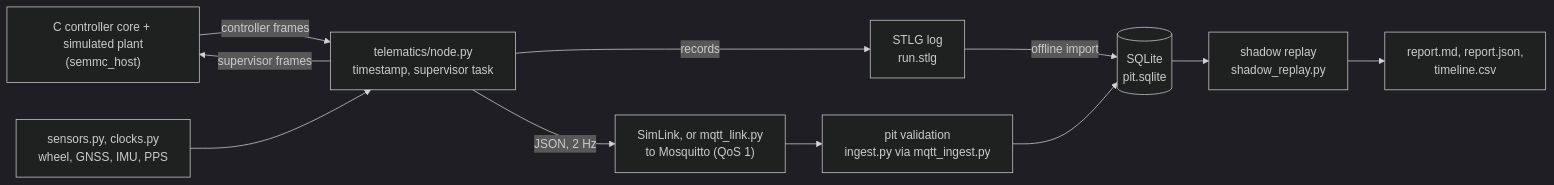
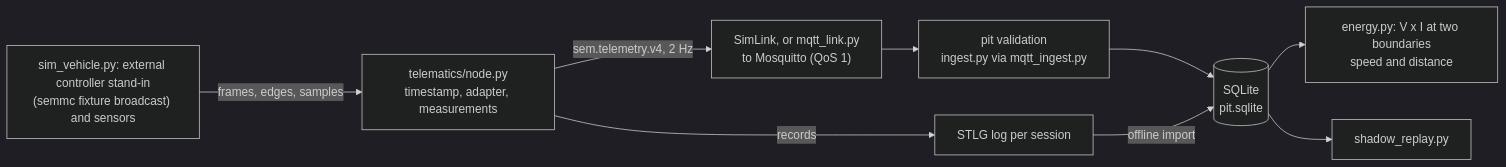
Before and after one commit to SWORT-Aerospace/sem-motor-controller: the diagram in host/README.md, drawn with Mermaid (dark theme). The commit also changed other lines of this file and 34 other files, not shown here.

````diff
--- a/host/README.md
+++ b/host/README.md
@@ -81,13 +88,11 @@
 ```mermaid
 flowchart LR
-  C["C controller core + simulated plant<br/>(semmc_host)"] -- "controller frames" --> N["telematics/node.py<br/>timestamp, supervisor task"]
-  N -- "supervisor frames" --> C
-  S["sensors.py, clocks.py<br/>wheel, GNSS, IMU, PPS"] --> N
-  N -- "records" --> L["STLG log<br/>run.stlg"]
-  N -- "JSON, 2 Hz" --> U["SimLink, or mqtt_link.py<br/>to Mosquitto (QoS 1)"]
+  X["sim_vehicle.py: external controller stand-in<br/>(semmc fixture broadcast) and sensors"] -- "frames, edges, samples" --> N["telematics/node.py<br/>timestamp, adapter, measurements"]
+  N -- "records" --> L["STLG log per session"]
+  N -- "sem.telemetry.v4, 2 Hz" --> U["SimLink, or mqtt_link.py<br/>to Mosquitto (QoS 1)"]
   U --> V["pit validation<br/>ingest.py via mqtt_ingest.py"]
   V --> DB[("SQLite<br/>pit.sqlite")]
   L -- "offline import" --> DB
-  DB --> R["shadow replay<br/>shadow_replay.py"]
-  R --> REP["report.md, report.json,<br/>timeline.csv"]
+  DB --> E["energy.py: V x I at two boundaries<br/>speed and distance"]
+  DB --> R["shadow_replay.py"]
 ```
````
